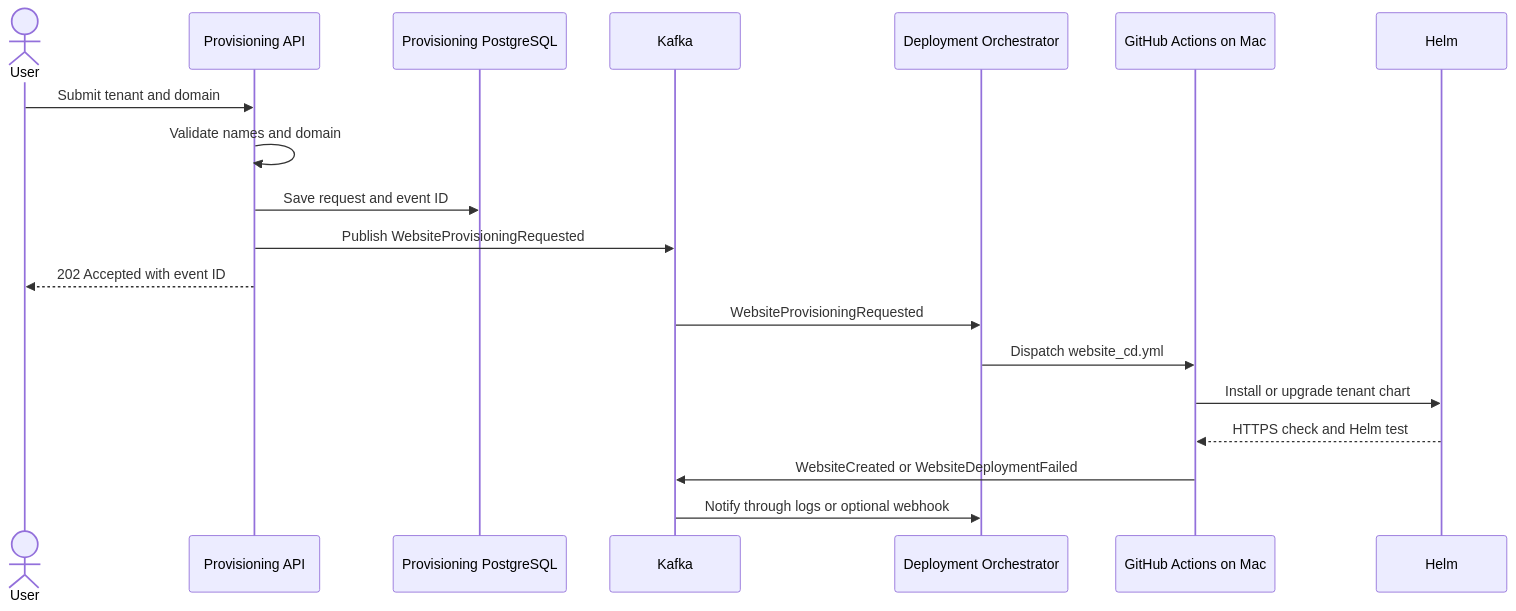
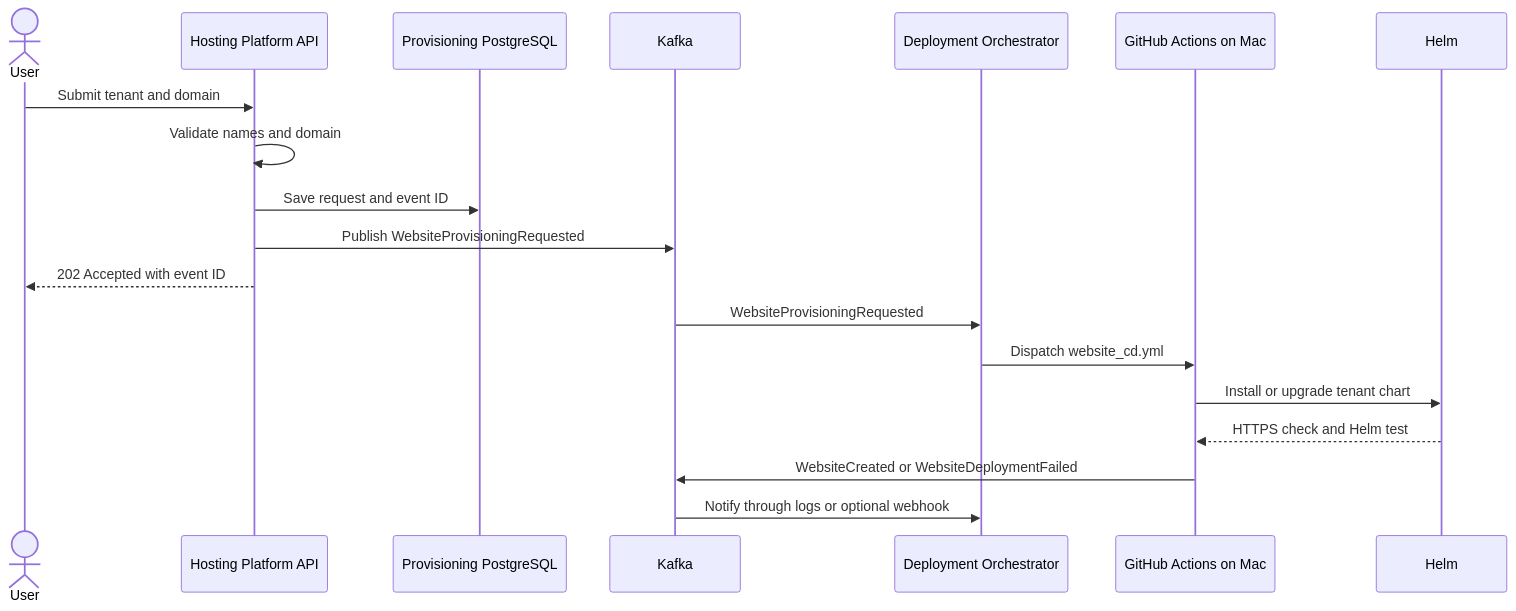
The diagram in docs/architecture.md (AnupamGupta86/yotta-multitenant-platform), drawn with Mermaid before and after one commit. The commit also changed other lines of this file and 46 other files, not shown here.

````diff
--- a/docs/architecture.md
+++ b/docs/architecture.md
@@ -5,22 +5,22 @@
 ```mermaid
 sequenceDiagram
     actor User
-    participant API as Provisioning API
+    participant API as Hosting Platform API
     participant DB as Provisioning PostgreSQL
     participant Kafka
     participant Orchestrator as Deployment Orchestrator
     participant Actions as GitHub Actions on Mac
     participant Helm
 
     User->>API: Submit tenant and domain
     API->>API: Validate names and domain
     API->>DB: Save request and event ID
     API->>Kafka: Publish WebsiteProvisioningRequested
     API-->>User: 202 Accepted with event ID
     Kafka->>Orchestrator: WebsiteProvisioningRequested
     Orchestrator->>Actions: Dispatch website_cd.yml
     Actions->>Helm: Install or upgrade tenant chart
     Helm-->>Actions: HTTPS check and Helm test
     Actions->>Kafka: WebsiteCreated or WebsiteDeploymentFailed
     Kafka->>Orchestrator: Notify through logs or optional webhook
 ```
````
